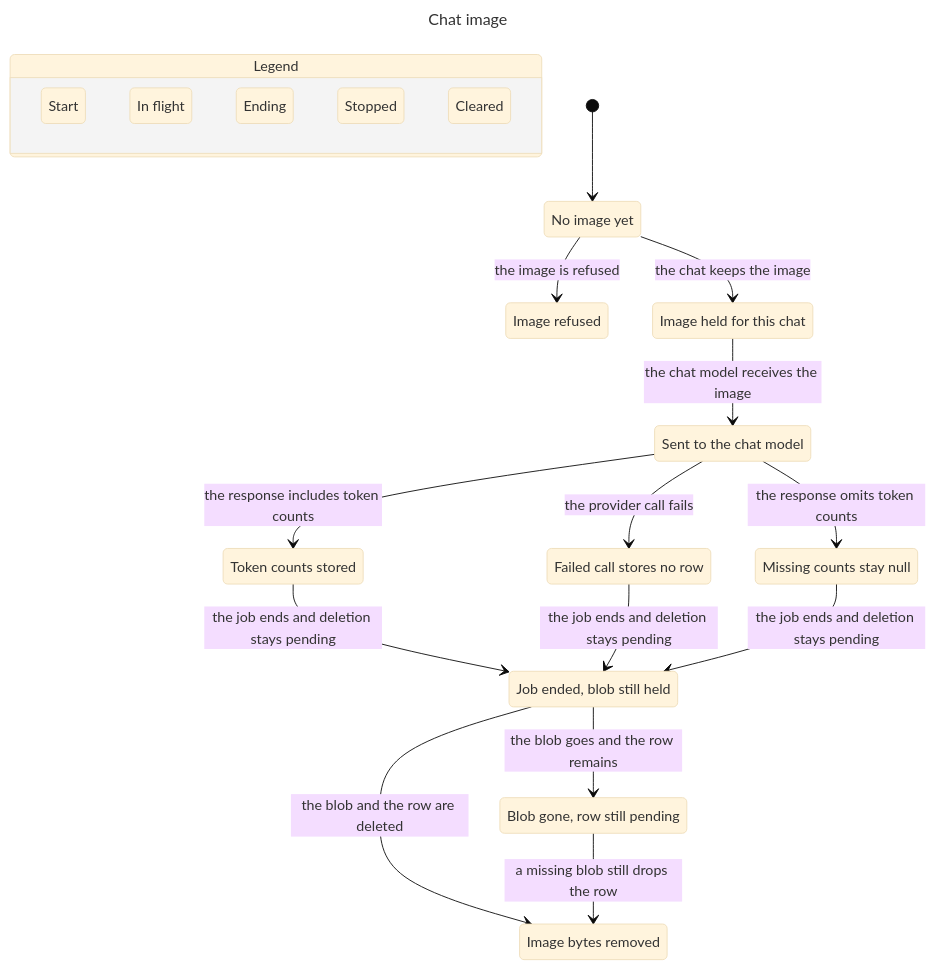
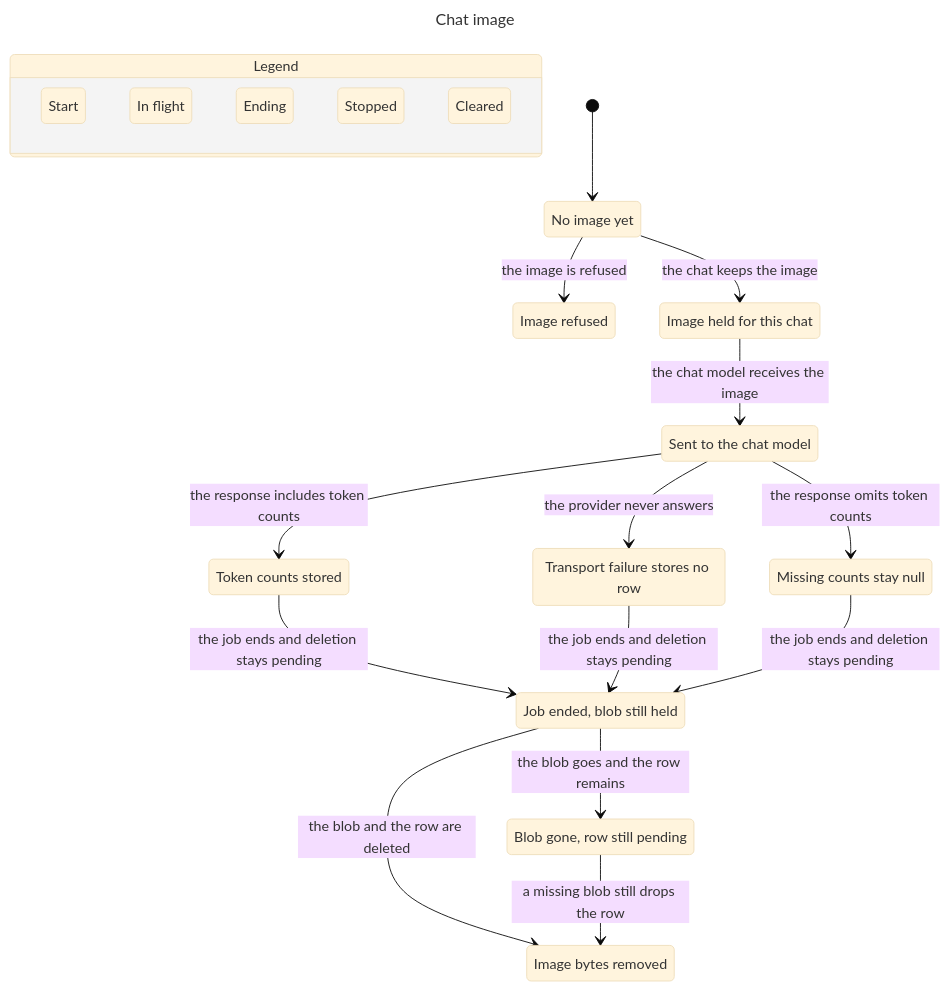
Before and after one commit to y4483784-png/omni-butler: the diagram in docs/envisioned-product/review/ev-picture-statechart.mmd, drawn with Mermaid (base theme). The commit also changed 20 other files, not shown here.

```diff
--- a/docs/envisioned-product/review/ev-picture-statechart.mmd
+++ b/docs/envisioned-product/review/ev-picture-statechart.mmd
@@ -1,49 +1,49 @@
 ---
 title: "Chat image"
 ---
 stateDiagram-v2
   state "Legend" as legend {
     lg0: Start
     lg1: In flight
     lg2: Ending
     lg3: Stopped
     lg4: Cleared
   }
   class lg0 tan
   class lg1 blue
   class lg2 orange
   class lg3 yellow
   class lg4 teal
   s0: No image yet
   s1: Image refused
   s2: Image held for this chat
   s3: Sent to the chat model
   s4: Token counts stored
-  s5: Failed call stores no row
+  s5: Transport failure stores no row
   s6: Missing counts stay null
   s7: Job ended, blob still held
   s8: Image bytes removed
   s9: Blob gone, row still pending
   [*] --> s0
   s0 --> s1: the image is refused
   s0 --> s2: the chat keeps the image
   s2 --> s3: the chat model receives the image
   s3 --> s4: the response includes token counts
-  s3 --> s5: the provider call fails
+  s3 --> s5: the provider never answers
   s3 --> s6: the response omits token counts
   s4 --> s7: the job ends and deletion stays pending
   s5 --> s7: the job ends and deletion stays pending
   s6 --> s7: the job ends and deletion stays pending
   s7 --> s8: the blob and the row are deleted
   s7 --> s9: the blob goes and the row remains
   s9 --> s8: a missing blob still drops the row
   class s0 tan
   class s1 yellow
   class s2 blue
   class s3 blue
   class s4 blue
   class s5 yellow
   class s6 blue
   class s7 orange
   class s8 teal
   class s9 orange
```
